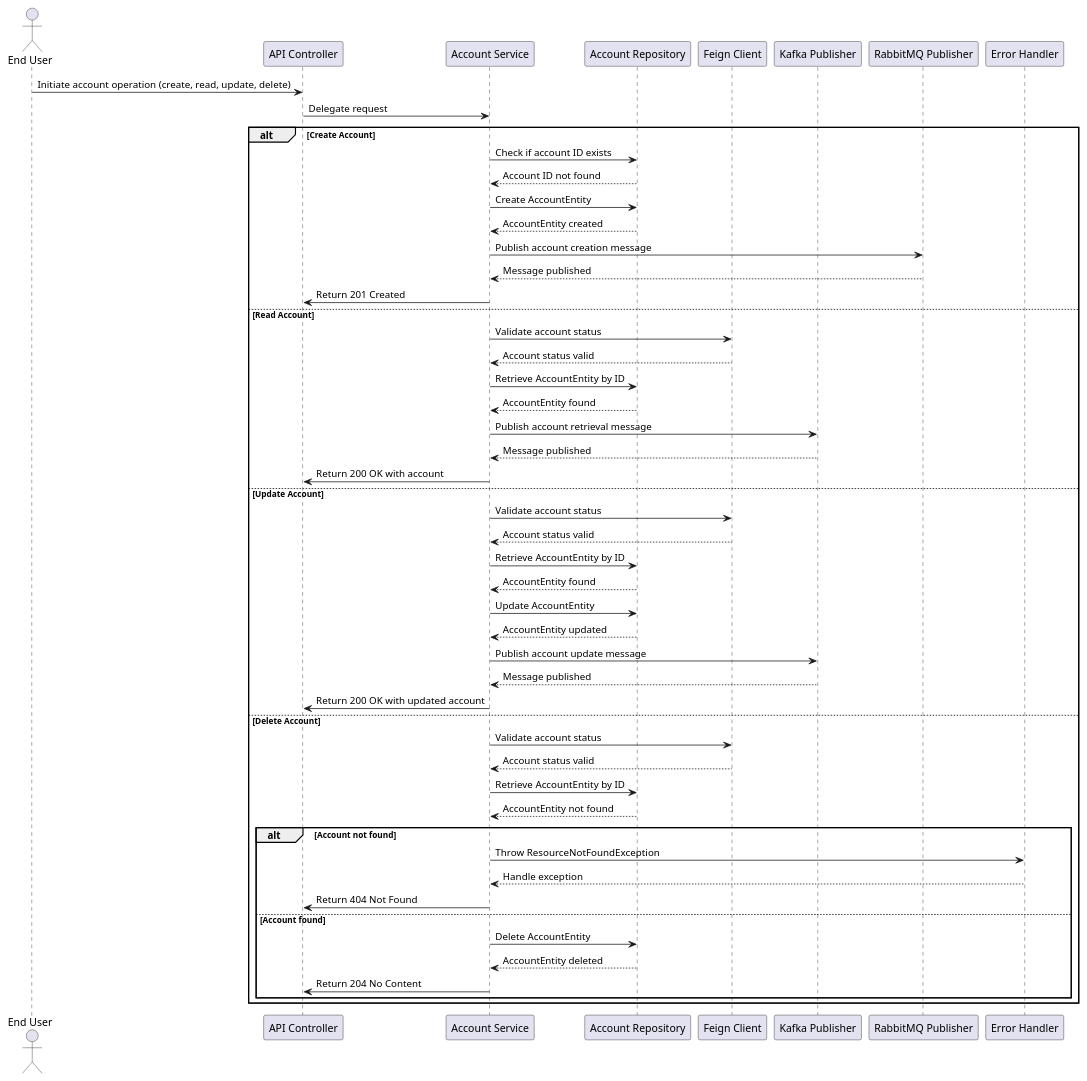
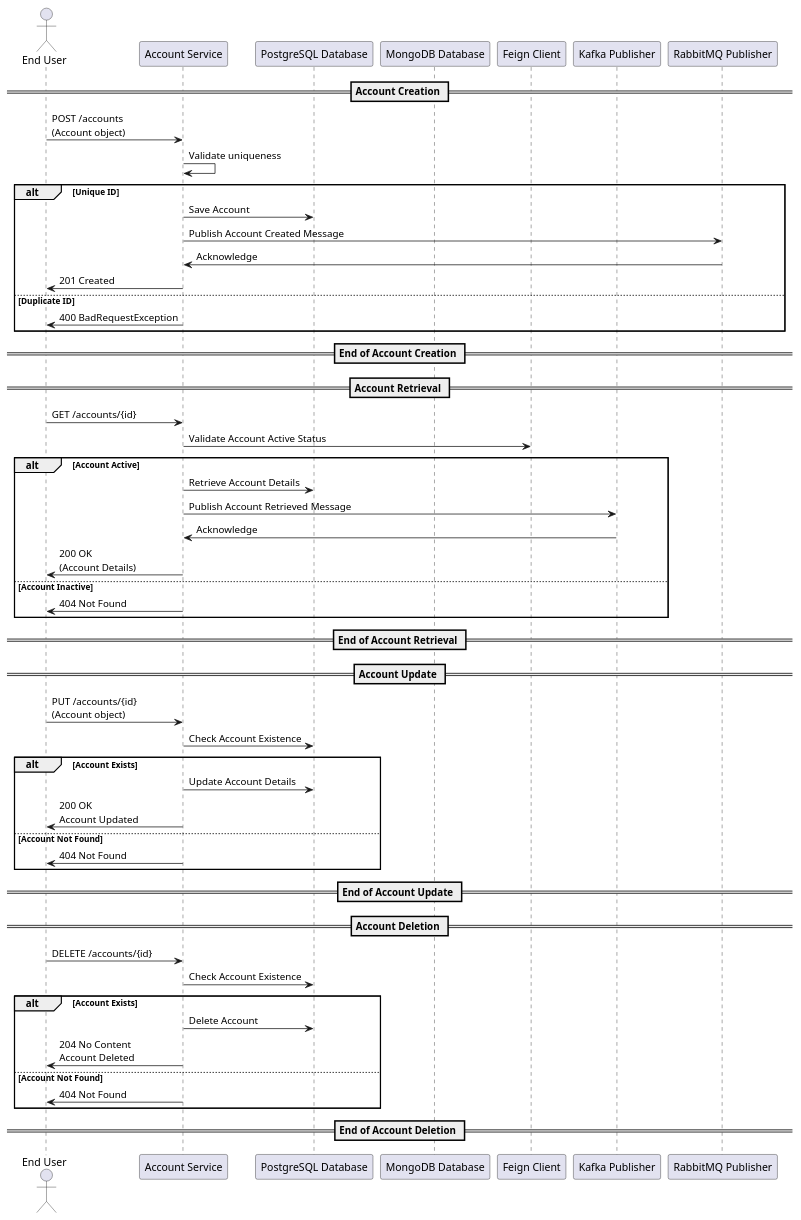
Before and after one commit to Bhaskar-Pavan/AccountService: the diagram in design_document/Account_service.md, drawn with PlantUML. The commit also changed other lines of this file, not shown here.

````diff
--- a/design_document/Account_service.md
+++ b/design_document/Account_service.md
@@ -46,59 +38,60 @@
 ```plantuml
 @startuml
 actor "End User" as User
-participant "API Controller" as API
-participant "Account Service" as AccountService
-participant "Account Repository" as AccountRepo
-participant "Feign Client" as FeignClient
+participant "Account Service" as Service
+participant "PostgreSQL Database" as PGDB
+participant "MongoDB Database" as MongoDB
+participant "Feign Client" as ExternalService
 participant "Kafka Publisher" as Kafka
 participant "RabbitMQ Publisher" as RabbitMQ
-participant "Error Handler" as ErrorHandler
 
-User -> API : Initiate account operation (create, read, update, delete)
+== Account Creation ==
+User -> Service : POST /accounts\n(Account object)
+Service -> Service : Validate uniqueness
+alt Unique ID
+    Service -> PGDB : Save Account
+    Service -> RabbitMQ : Publish Account Created Message
+    RabbitMQ -> Service : Acknowledge
+    Service -> User : 201 Created
+else Duplicate ID
+    Service -> User : 400 BadRequestException
+end
+== End of Account Creation ==
 
-API -> AccountService : Delegate request
+== Account Retrieval ==
+User -> Service : GET /accounts/{id}
+Service -> ExternalService : Validate Account Active Status
+alt Account Active
+    Service -> PGDB : Retrieve Account Details
+    Service -> Kafka : Publish Account Retrieved Message
+    Kafka -> Service : Acknowledge
+    Service -> User : 200 OK\n(Account Details)
+else Account Inactive
+    Service -> User : 404 Not Found
+end
+== End of Account Retrieval ==
 
-alt Create Account
-    AccountService -> AccountRepo : Check if account ID exists
-    AccountRepo --> AccountService : Account ID not found
-    AccountService -> AccountRepo : Create AccountEntity
-    AccountRepo --> AccountService : AccountEntity created
-    AccountService -> RabbitMQ : Publish account creation message
-    RabbitMQ --> AccountService : Message published
-    AccountService -> API : Return 201 Created
-else Read Account
-    AccountService -> FeignClient : Validate account status
-    FeignClient --> AccountService : Account status valid
-    AccountService -> AccountRepo : Retrieve AccountEntity by ID
-    AccountRepo --> AccountService : AccountEntity found
-    AccountService -> Kafka : Publish account retrieval message
-    Kafka --> AccountService : Message published
-    AccountService -> API : Return 200 OK with account
-else Update Account
-    AccountService -> FeignClient : Validate account status
-    FeignClient --> AccountService : Account status valid
-    AccountService -> AccountRepo : Retrieve AccountEntity by ID
-    AccountRepo --> AccountService : AccountEntity found
-    AccountService -> AccountRepo : Update AccountEntity
-    AccountRepo --> AccountService : AccountEntity updated
-    AccountService -> Kafka : Publish account update message
-    Kafka --> AccountService : Message published
-    AccountService -> API : Return 200 OK with updated account
-else Delete Account
-    AccountService -> FeignClient : Validate account status
-    FeignClient --> AccountService : Account status valid
-    AccountService -> AccountRepo : Retrieve AccountEntity by ID
-    AccountRepo --> AccountService : AccountEntity not found
-    alt Account not found
-        AccountService -> ErrorHandler : Throw ResourceNotFoundException
-        ErrorHandler --> AccountService : Handle exception
-        AccountService -> API : Return 404 Not Found
-    else Account found
-        AccountService -> AccountRepo : Delete AccountEntity
-        AccountRepo --> AccountService : AccountEntity deleted
-        AccountService -> API : Return 204 No Content
-    end
+== Account Update ==
+User -> Service : PUT /accounts/{id}\n(Account object)
+Service -> PGDB : Check Account Existence
+alt Account Exists
+    Service -> PGDB : Update Account Details
+    Service -> User : 200 OK\nAccount Updated
+else Account Not Found
+    Service -> User : 404 Not Found
 end
+== End of Account Update ==
+
+== Account Deletion ==
+User -> Service : DELETE /accounts/{id}
+Service -> PGDB : Check Account Existence
+alt Account Exists
+    Service -> PGDB : Delete Account
+    Service -> User : 204 No Content\nAccount Deleted
+else Account Not Found
+    Service -> User : 404 Not Found
+end
+== End of Account Deletion ==
 
 @enduml
 ```
````
